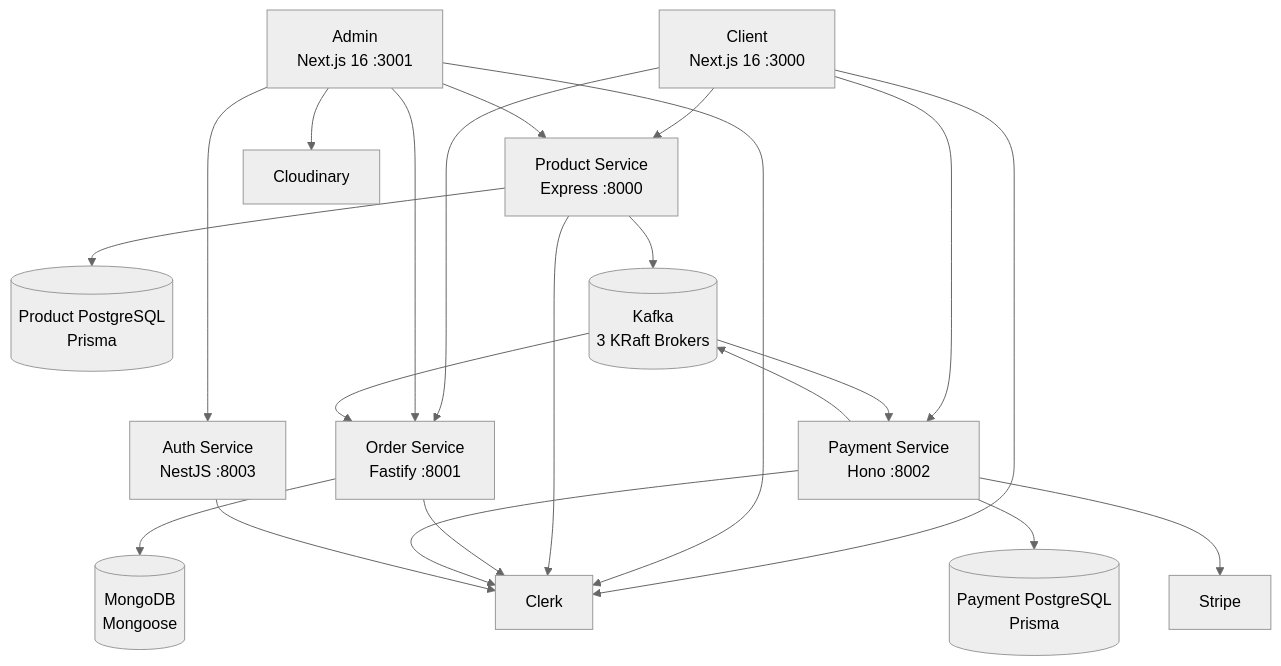
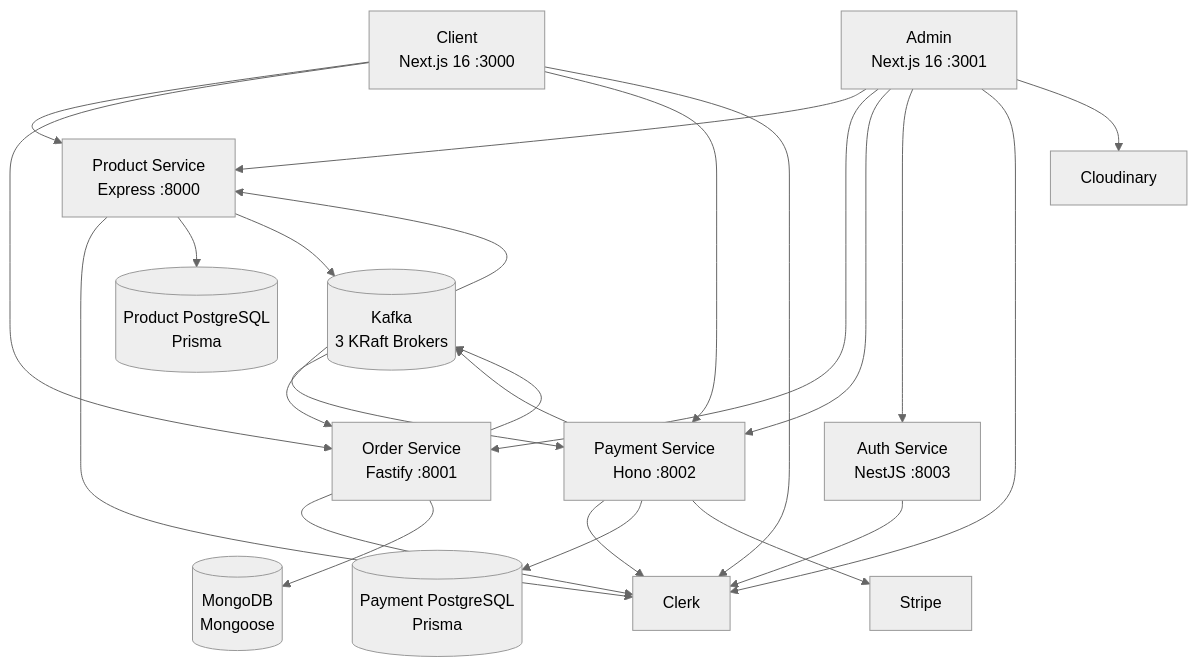
The first of 2 diagrams in docs/interview-preparation/00-一周学习路线与项目介绍.md (RenXusheng233/ecom-rr), drawn with Mermaid (neutral theme) before and after one commit. The commit also changed other lines of this file and 8 other files, not shown here.

First line of the commit message:
docs(reliability): align documentation with current payment flows

````diff
--- a/docs/interview-preparation/00-一周学习路线与项目介绍.md
+++ b/docs/interview-preparation/00-一周学习路线与项目介绍.md
@@ -15,38 +17,41 @@
 ```mermaid
 flowchart TB
   Client[Client\nNext.js 16 :3000]
   Admin[Admin\nNext.js 16 :3001]
   Product[Product Service\nExpress :8000]
   Order[Order Service\nFastify :8001]
   Payment[Payment Service\nHono :8002]
   Auth[Auth Service\nNestJS :8003]
   ProductPG[(Product PostgreSQL\nPrisma)]
   PaymentPG[(Payment PostgreSQL\nPrisma)]
   Mongo[(MongoDB\nMongoose)]
   Kafka[(Kafka\n3 KRaft Brokers)]
   Clerk[Clerk]
   Stripe[Stripe]
   Cloudinary[Cloudinary]
 
   Client --> Product
   Client --> Order
   Client --> Payment
   Admin --> Product
   Admin --> Order
+  Admin --> Payment
   Admin --> Auth
   Client --> Clerk
   Admin --> Clerk
   Product --> Clerk
   Order --> Clerk
   Payment --> Clerk
   Auth --> Clerk
   Product --> ProductPG
   Payment --> PaymentPG
   Order --> Mongo
   Product --> Kafka
   Payment --> Kafka
+  Order --> Kafka
+  Kafka --> Product
   Kafka --> Payment
   Kafka --> Order
   Payment --> Stripe
   Admin --> Cloudinary
 ```
````
